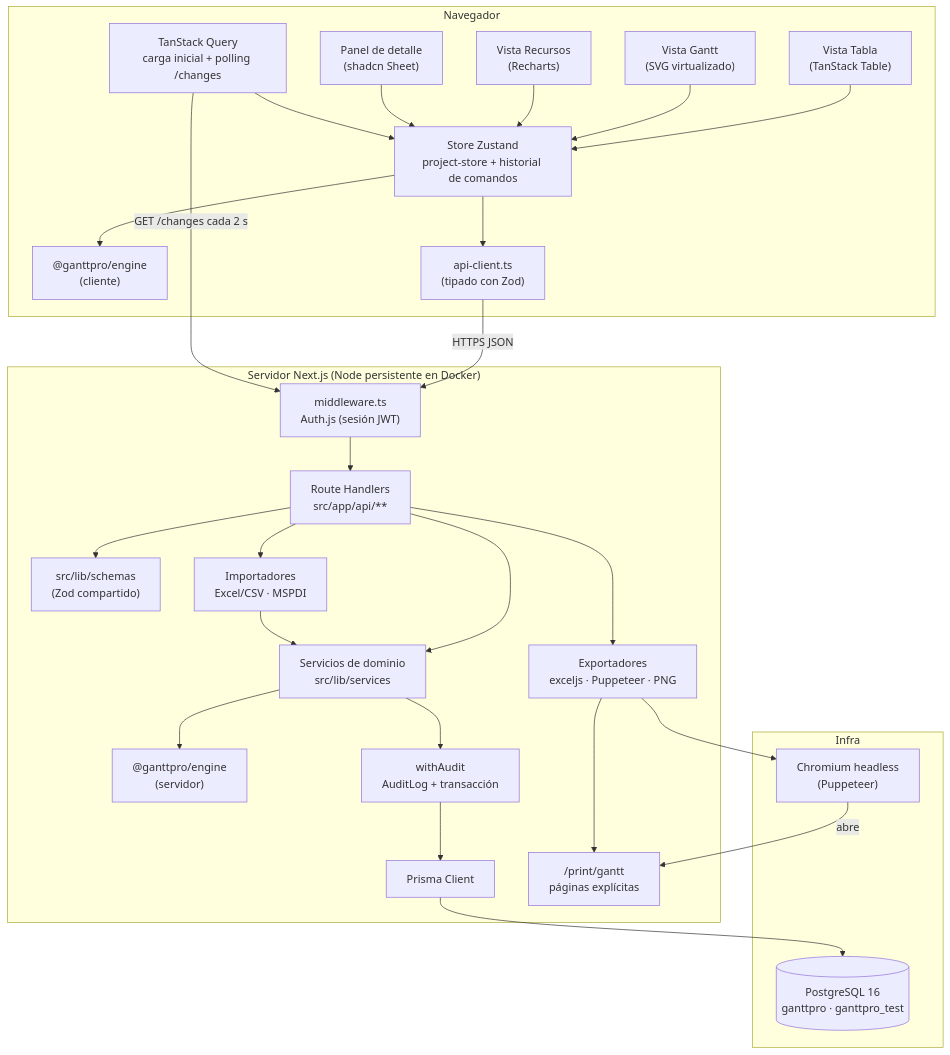
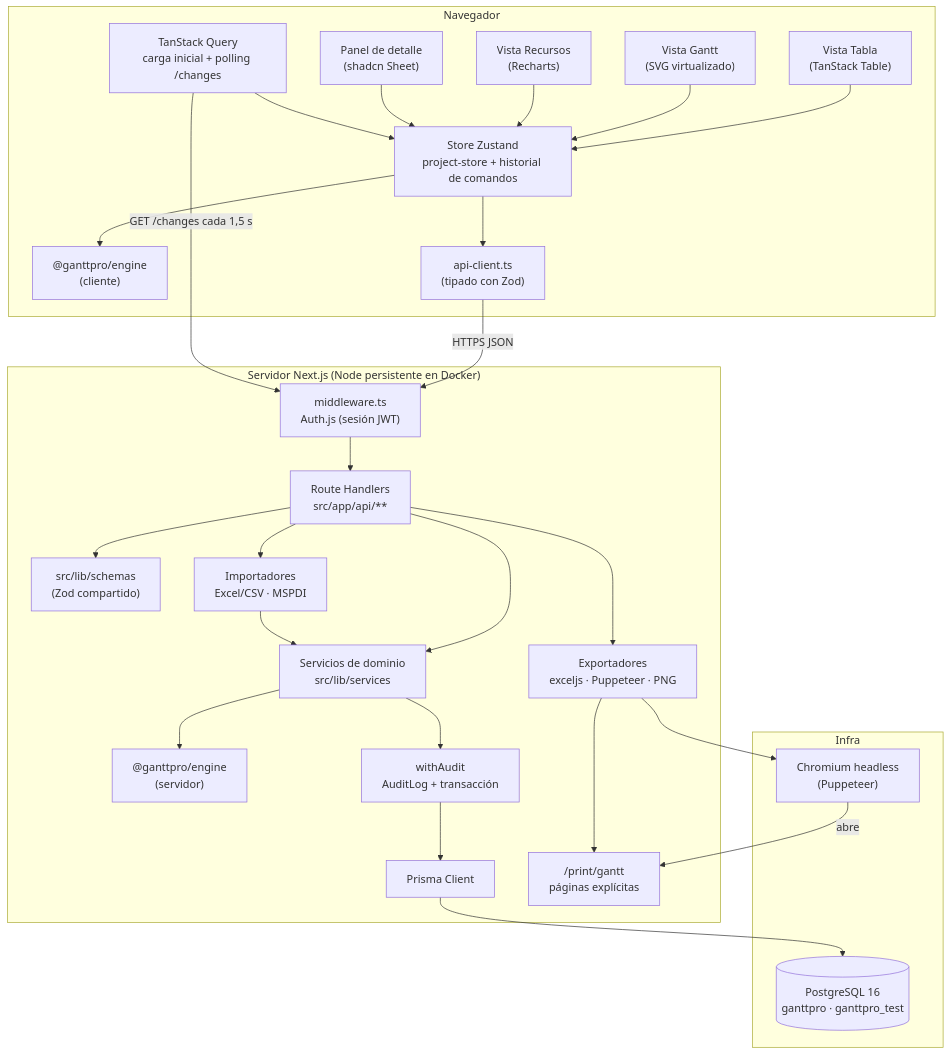
One commit to osrehe/GanttPro changed the first of 2 diagrams in docs/spec/arquitectura.md. Above: the diagram before and after it, drawn with Mermaid. The commit also changed other lines of this file and 58 other files, not shown here.

````diff
--- a/docs/spec/arquitectura.md
+++ b/docs/spec/arquitectura.md
@@ -32,54 +32,54 @@
 ```mermaid
 flowchart TB
     subgraph Navegador
         UI_Tabla["Vista Tabla<br/>(TanStack Table)"]
         UI_Gantt["Vista Gantt<br/>(SVG virtualizado)"]
         UI_Rec["Vista Recursos<br/>(Recharts)"]
         UI_Detalle["Panel de detalle<br/>(shadcn Sheet)"]
         Store["Store Zustand<br/>project-store + historial de comandos"]
         EngineC["@ganttpro/engine<br/>(cliente)"]
         Query["TanStack Query<br/>carga inicial + polling /changes"]
         ApiClient["api-client.ts<br/>(tipado con Zod)"]
         UI_Tabla --> Store
         UI_Gantt --> Store
         UI_Rec --> Store
         UI_Detalle --> Store
         Store --> EngineC
         Store --> ApiClient
         Query --> Store
     end
 
     subgraph Servidor["Servidor Next.js (Node persistente en Docker)"]
         MW["middleware.ts<br/>Auth.js (sesión JWT)"]
         RH["Route Handlers<br/>src/app/api/**"]
         Schemas["src/lib/schemas<br/>(Zod compartido)"]
         Services["Servicios de dominio<br/>src/lib/services"]
         EngineS["@ganttpro/engine<br/>(servidor)"]
         Audit["withAudit<br/>AuditLog + transacción"]
         Prisma["Prisma Client"]
         Print["/print/gantt<br/>páginas explícitas"]
         Exporters["Exportadores<br/>exceljs · Puppeteer · PNG"]
         Importers["Importadores<br/>Excel/CSV · MSPDI"]
         MW --> RH
         RH --> Schemas
         RH --> Services
         Services --> EngineS
         Services --> Audit
         Audit --> Prisma
         RH --> Exporters
         RH --> Importers
         Exporters --> Print
         Importers --> Services
     end
 
     subgraph Infra
         PG[("PostgreSQL 16<br/>ganttpro · ganttpro_test")]
         Chromium["Chromium headless<br/>(Puppeteer)"]
     end
 
     ApiClient -->|HTTPS JSON| MW
-    Query -->|GET /changes cada 2 s| MW
+    Query -->|GET /changes cada 1,5 s| MW
     Prisma --> PG
     Exporters --> Chromium
     Chromium -->|abre| Print
 ```
````
